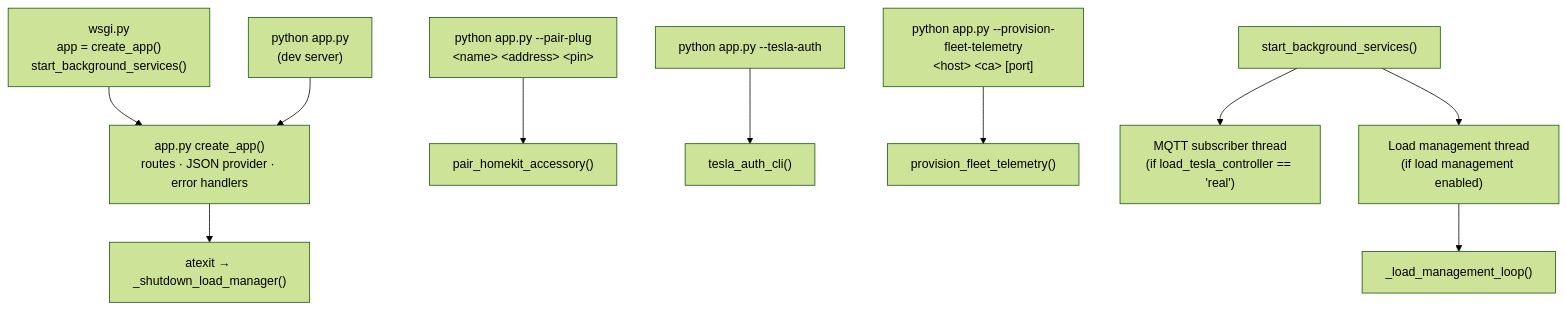
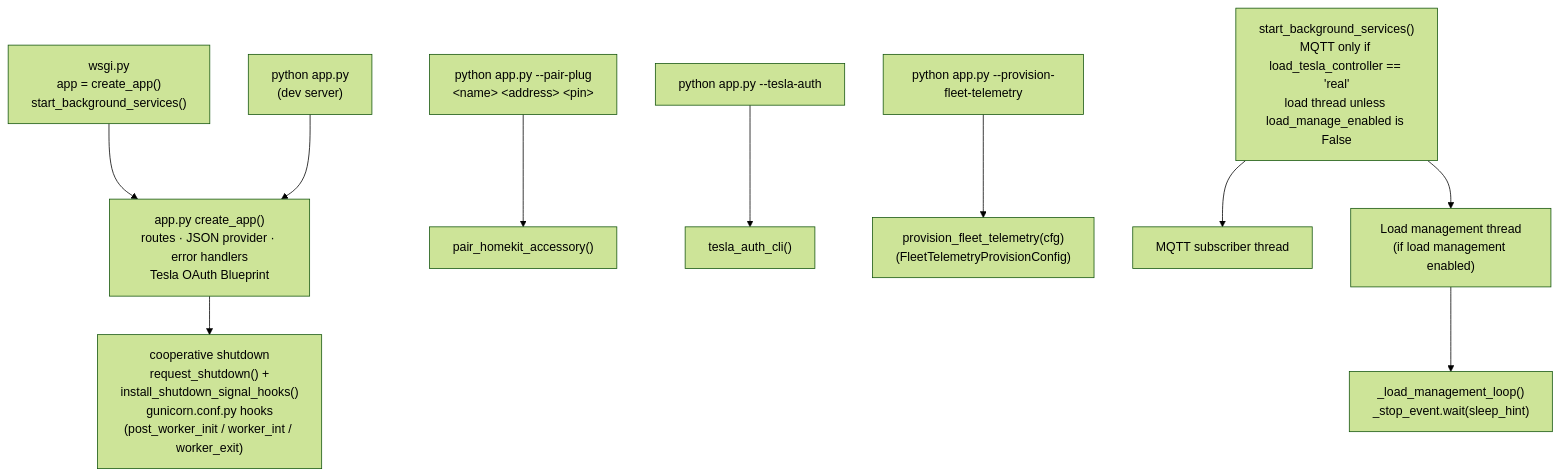
One commit to mblakele/solara changed the sixth of 6 diagrams in docs/architecture.md. Above: the diagram before and after it, drawn with Mermaid (forest theme). The commit also changed other lines of this file, not shown here.

Commit message:
docs/architecture.md updated

````diff
--- a/docs/architecture.md
+++ b/docs/architecture.md
@@ -222,13 +229,13 @@
 ```mermaid
 flowchart TD
-    WSGI["wsgi.py<br/>app = create_app()<br/>start_background_services()"] --> APP["app.py create_app()<br/>routes · JSON provider · error handlers"]
+    WSGI["wsgi.py<br/>app = create_app()<br/>start_background_services()"] --> APP["app.py create_app()<br/>routes · JSON provider · error handlers<br/>Tesla OAuth Blueprint"]
     MAIN["python app.py<br/>(dev server)"] --> APP
     CLI1["python app.py --pair-plug<br/>&lt;name> &lt;address> &lt;pin>"] --> PH["pair_homekit_accessory()"]
     CLI2["python app.py --tesla-auth"] --> TA["tesla_auth_cli()"]
-    CLI3["python app.py --provision-fleet-telemetry<br/>&lt;host> &lt;ca> [port]"] --> PT["provision_fleet_telemetry()"]
+    CLI3["python app.py --provision-fleet-telemetry"] --> PT["provision_fleet_telemetry(cfg)<br/>(FleetTelemetryProvisionConfig)"]
 
-    start_background_services["start_background_services()"] --> MQTTSTART["MQTT subscriber thread<br/>(if load_tesla_controller == 'real')"]
+    start_background_services["start_background_services()<br/>MQTT only if load_tesla_controller == 'real'<br/>load thread unless load_manage_enabled is False"] --> MQTTSTART["MQTT subscriber thread"]
     start_background_services --> LMTHREAD["Load management thread<br/>(if load management enabled)"]
-    LMTHREAD --> LOOP2["_load_management_loop()"]
-    APP --> REG["atexit → _shutdown_load_manager()"]
+    LMTHREAD --> LOOP2["_load_management_loop()<br/>_stop_event.wait(sleep_hint)"]
+    APP --> SHUT["cooperative shutdown<br/>request_shutdown() +<br/>install_shutdown_signal_hooks()<br/>gunicorn.conf.py hooks<br/>(post_worker_init / worker_int / worker_exit)"]
 ```
````
